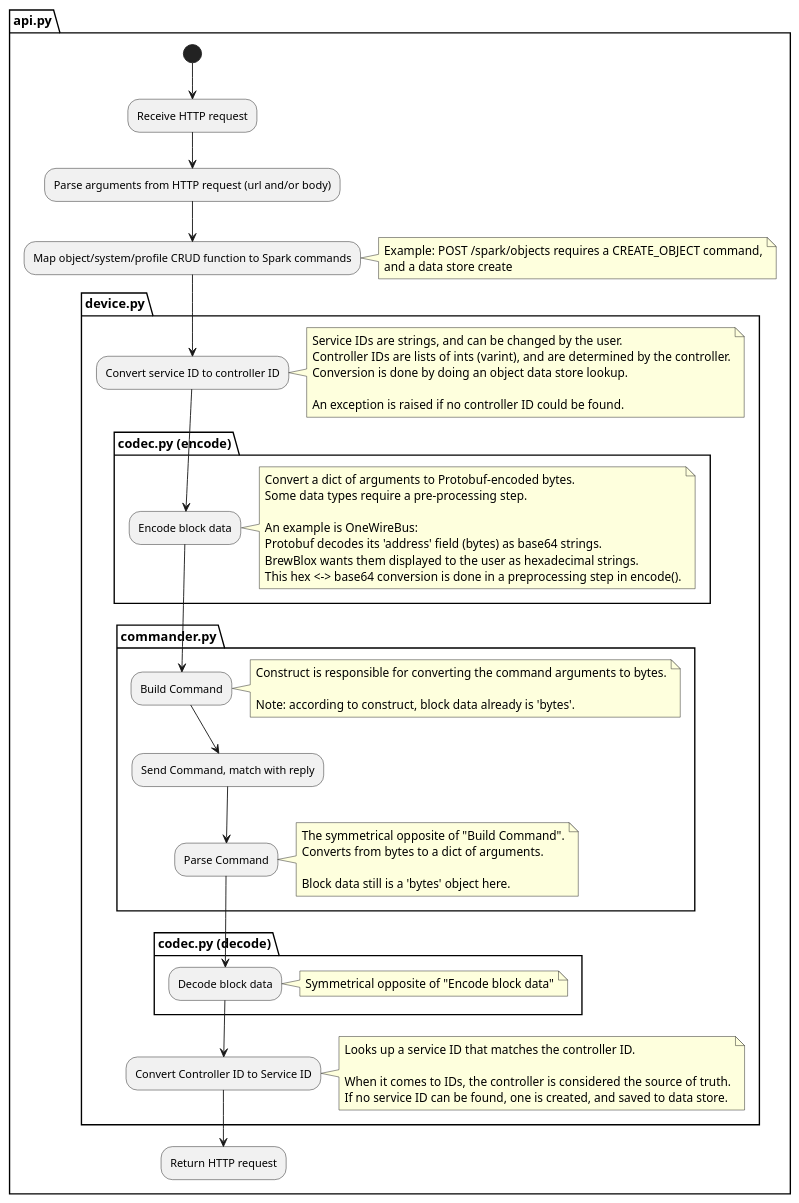
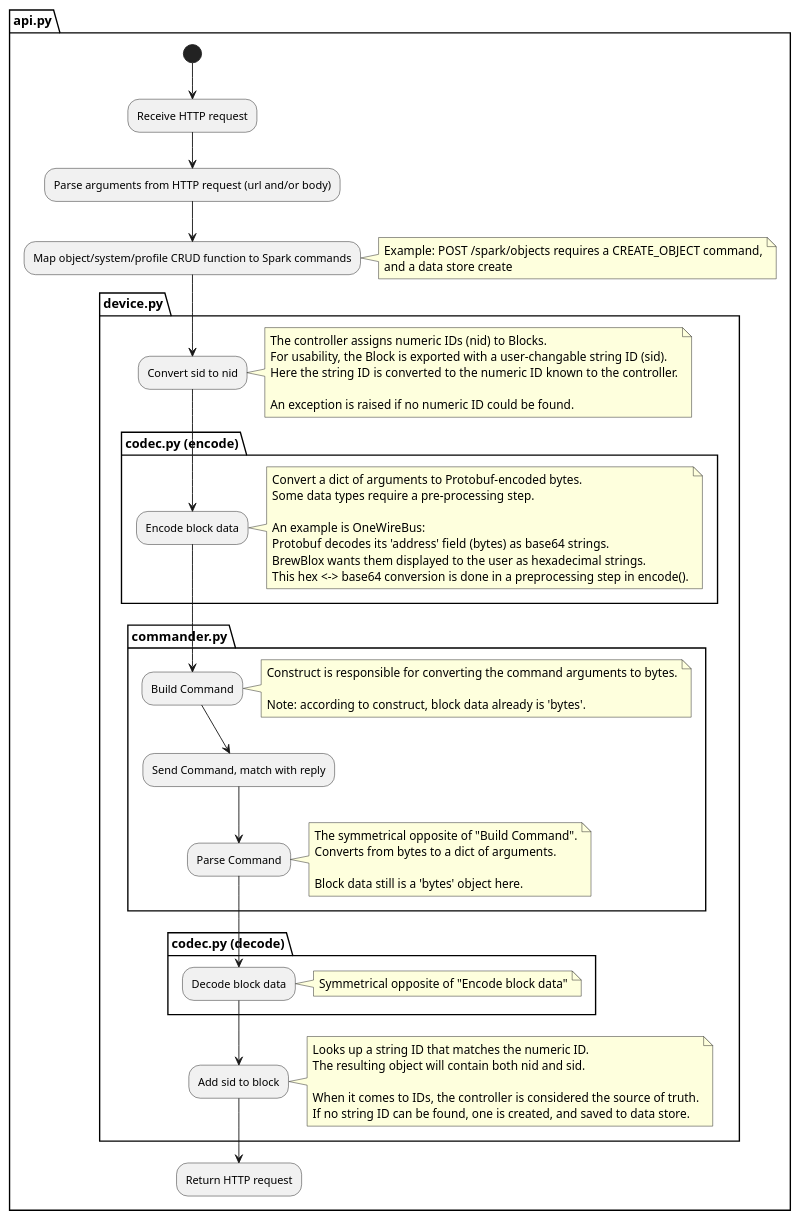
Before and after one commit to BrewBlox/brewblox-documentation: the diagram in docs/uml/command_transformation.puml, drawn with PlantUML.

Commit message:
update devcon doc image

```diff
--- a/docs/uml/command_transformation.puml
+++ b/docs/uml/command_transformation.puml
@@ -1,76 +1,77 @@
 @startuml Command Transformation
 
 partition "api.py" {
     (*) --> "Receive HTTP request"
     --> "Parse arguments from HTTP request (url and/or body)"
 
     --> "Map object/system/profile CRUD function to Spark commands"
     note right
         Example: POST /spark/objects requires a CREATE_OBJECT command,
         and a data store create
     end note
 
 
     partition "device.py" {
-        --> "Convert service ID to controller ID"
+        --> "Convert sid to nid"
         note right
-            Service IDs are strings, and can be changed by the user.
-            Controller IDs are lists of ints (varint), and are determined by the controller.
-            Conversion is done by doing an object data store lookup.
+            The controller assigns numeric IDs (nid) to Blocks.
+            For usability, the Block is exported with a user-changable string ID (sid).
+            Here the string ID is converted to the numeric ID known to the controller.
 
-            An exception is raised if no controller ID could be found.
+            An exception is raised if no numeric ID could be found.
         end note
 
         partition "codec.py (encode)" {
             --> "Encode block data"
             note right
                 Convert a dict of arguments to Protobuf-encoded bytes.
                 Some data types require a pre-processing step.
 
                 An example is OneWireBus:
                 Protobuf decodes its 'address' field (bytes) as base64 strings.
                 BrewBlox wants them displayed to the user as hexadecimal strings.
                 This hex <-> base64 conversion is done in a preprocessing step in encode().
             end note
         }
 
         partition "commander.py" {
             --> "Build Command"
             note right
                 Construct is responsible for converting the command arguments to bytes.
 
                 Note: according to construct, block data already is 'bytes'.
             end note
 
             --> "Send Command, match with reply"
 
             --> "Parse Command"
             note right
                 The symmetrical opposite of "Build Command".
                 Converts from bytes to a dict of arguments.
 
                 Block data still is a 'bytes' object here.
             end note
         }
 
         partition "codec.py (decode)" {
             --> "Decode block data"
             note right
                 Symmetrical opposite of "Encode block data"
             end note
         }
 
-        --> "Convert Controller ID to Service ID"
+        --> "Add sid to block"
         note right
-            Looks up a service ID that matches the controller ID.
+            Looks up a string ID that matches the numeric ID.
+            The resulting object will contain both nid and sid.
 
             When it comes to IDs, the controller is considered the source of truth.
-            If no service ID can be found, one is created, and saved to data store.
+            If no string ID can be found, one is created, and saved to data store.
         end note
     }
 
     --> "Return HTTP request"
 
 }
 
 @enduml
```
